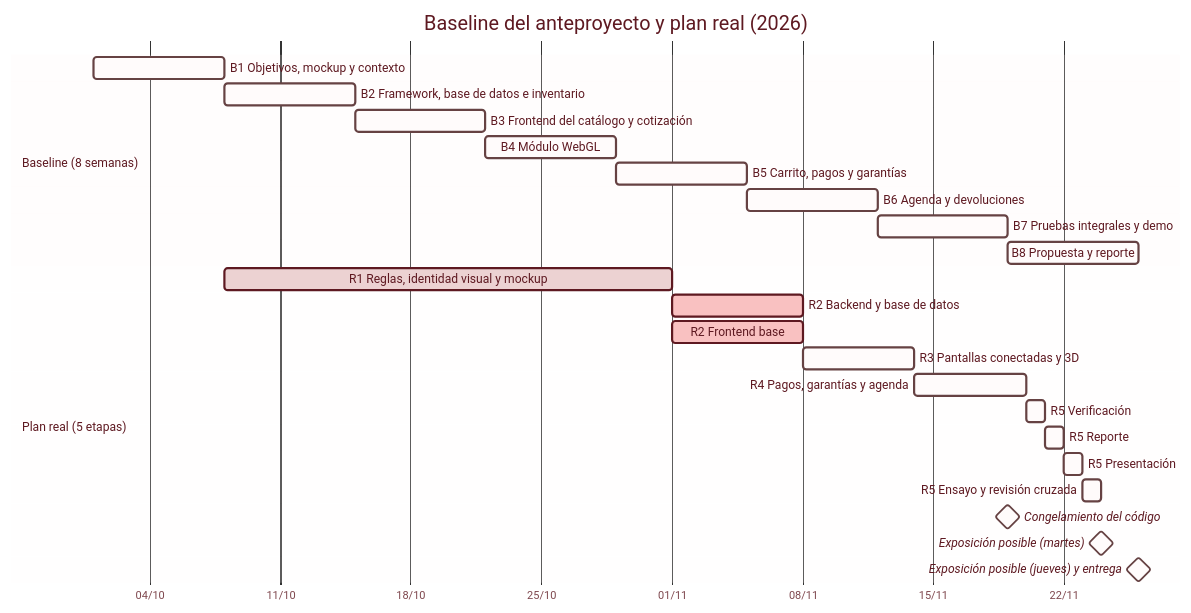
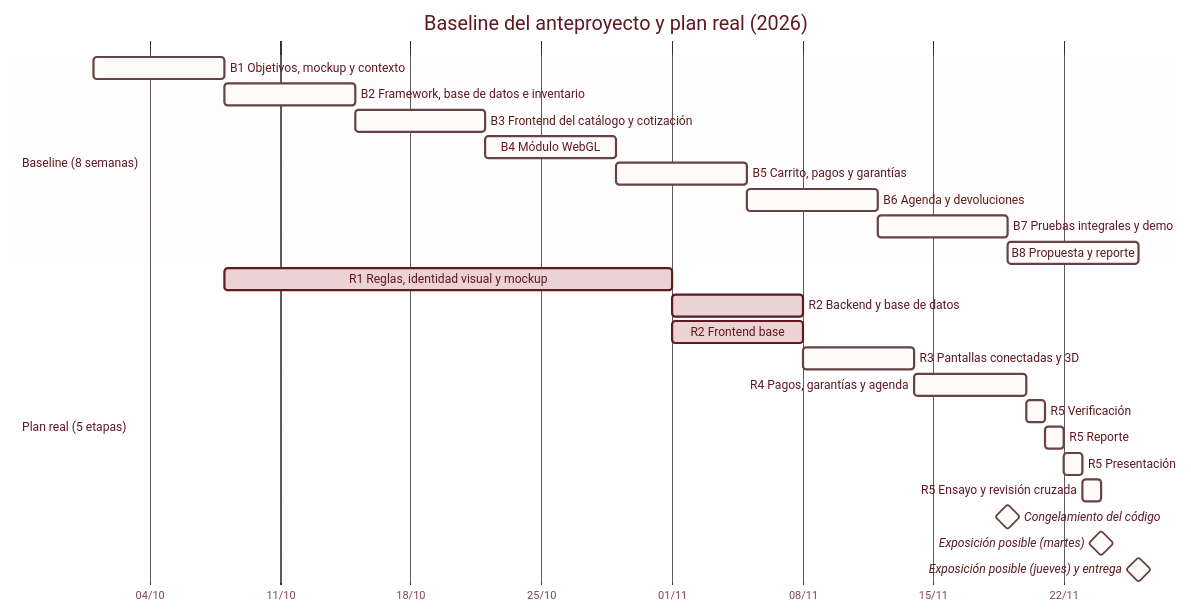
Before and after one commit to Yordi-JA/pasteleria-ilusion: the diagram in docs/proyecto/plan-de-trabajo.md, drawn with Mermaid. The commit also changed other lines of this file and 2 other files, not shown here.

````diff
--- a/docs/proyecto/plan-de-trabajo.md
+++ b/docs/proyecto/plan-de-trabajo.md
@@ -94,31 +94,31 @@
 ```mermaid
 %%{init: {"theme": "base", "themeVariables": {"background": "#fff4f4", "primaryColor": "#f9c1c1", "primaryTextColor": "#5e1921", "primaryBorderColor": "#5e1921", "lineColor": "#664243", "textColor": "#5e1921", "titleColor": "#5e1921", "sectionBkgColor": "#fff4f4", "altSectionBkgColor": "#fffbfb", "sectionBkgColor2": "#fff4f4", "gridColor": "#ecd2d2", "taskBkgColor": "#fffbfb", "taskBorderColor": "#664243", "taskTextColor": "#5e1921", "taskTextDarkColor": "#5e1921", "taskTextLightColor": "#5e1921", "taskTextOutsideColor": "#5e1921", "activeTaskBkgColor": "#f9c1c1", "activeTaskBorderColor": "#5e1921", "doneTaskBkgColor": "#ecd2d2", "doneTaskBorderColor": "#5e1921", "todayLineColor": "#8f5413"}}}%%
 gantt
     title Baseline del anteproyecto y plan real (2026)
     dateFormat YYYY-MM-DD
     axisFormat %d/%m
 
     section Baseline (8 semanas)
     B1 Objetivos, mockup y contexto       :b1, 2026-10-01, 7d
     B2 Framework, base de datos e inventario :b2, 2026-10-08, 7d
     B3 Frontend del catálogo y cotización :b3, 2026-10-15, 7d
     B4 Módulo WebGL                       :b4, 2026-10-22, 7d
     B5 Carrito, pagos y garantías         :b5, 2026-10-29, 7d
     B6 Agenda y devoluciones              :b6, 2026-11-05, 7d
     B7 Pruebas integrales y demo          :b7, 2026-11-12, 7d
     B8 Propuesta y reporte                :b8, 2026-11-19, 7d
 
     section Plan real (5 etapas)
     R1 Reglas, identidad visual y mockup  :done, r1, 2026-10-08, 24d
-    R2 Backend y base de datos            :active, r2a, 2026-11-01, 7d
-    R2 Frontend base                      :active, r2b, 2026-11-01, 7d
+    R2 Backend y base de datos            :done, r2a, 2026-11-01, 7d
+    R2 Frontend base                      :done, r2b, 2026-11-01, 7d
     R3 Pantallas conectadas y 3D          :r3, 2026-11-08, 6d
     R4 Pagos, garantías y agenda          :r4, 2026-11-14, 6d
     R5 Verificación                       :r5a, 2026-11-20, 1d
     R5 Reporte                            :r5b, 2026-11-21, 1d
     R5 Presentación                       :r5c, 2026-11-22, 1d
     R5 Ensayo y revisión cruzada          :r5d, 2026-11-23, 1d
     Congelamiento del código              :milestone, m1, 2026-11-19, 0d
     Exposición posible (martes)           :milestone, m2, 2026-11-24, 0d
     Exposición posible (jueves) y entrega :milestone, m3, 2026-11-26, 0d
 ```
````
